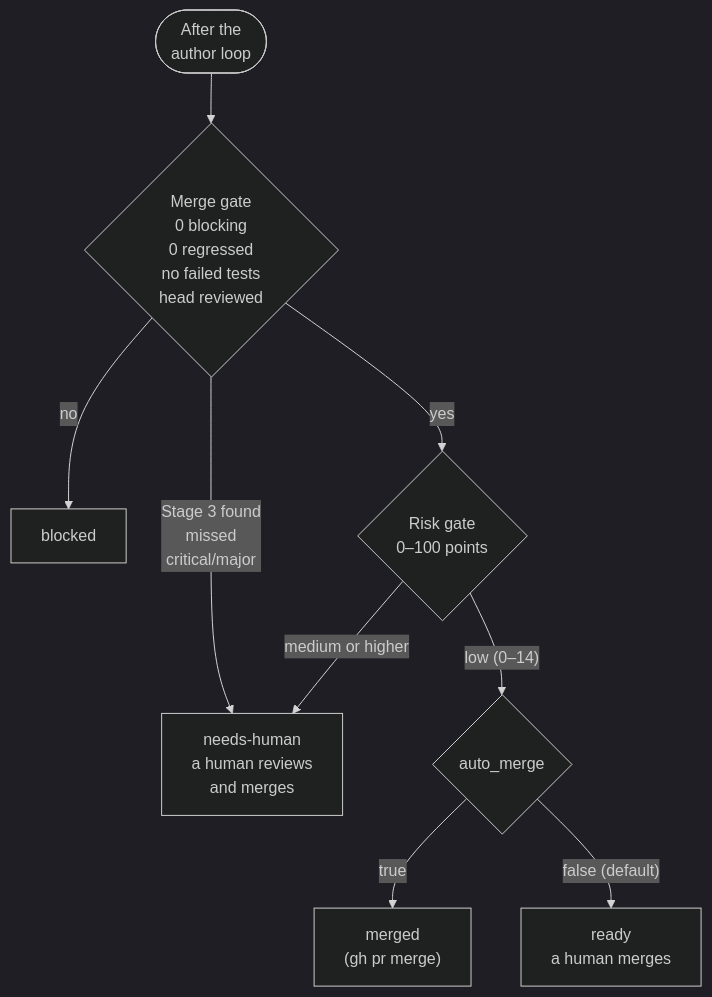
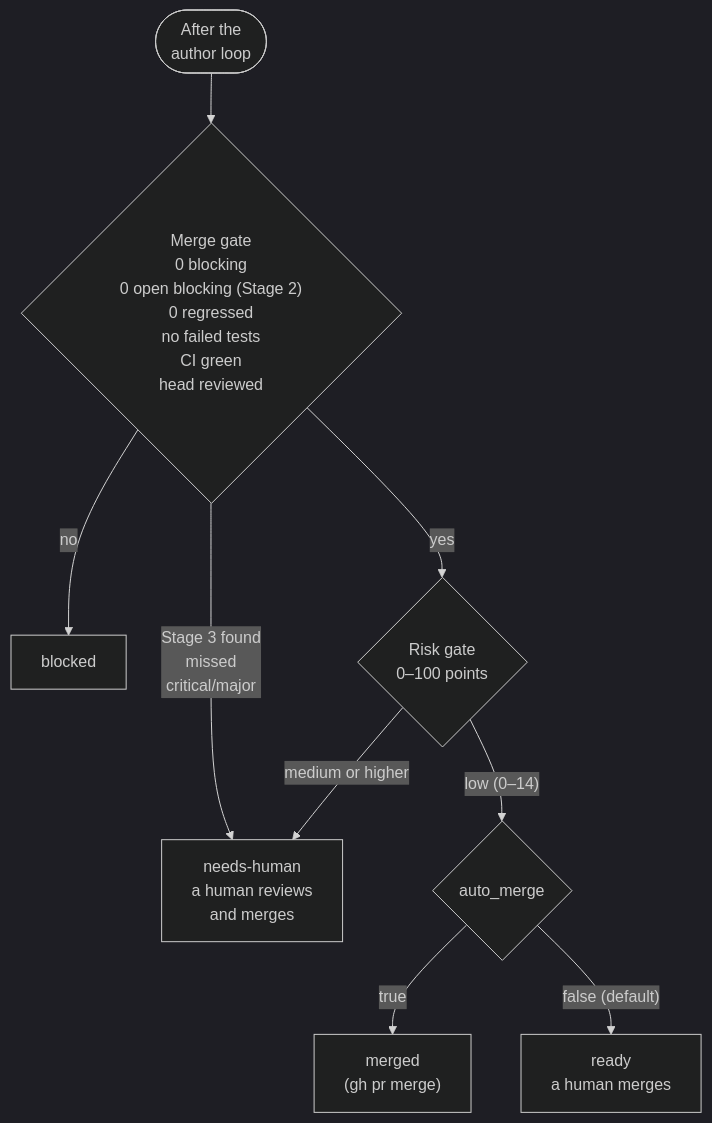
One commit to thswlsqls/pr-quorum changed the fourth of 5 diagrams in README.md. Above: the diagram before and after it, drawn with Mermaid (dark theme). The commit also changed other lines of this file and 3 other files, not shown here.

Commit message:
docs : [feat/merge-gate-stage2-ci] Describe the Stage 2 and CI merge gate conditions and release 0.11.0

````diff
--- a/README.md
+++ b/README.md
@@ -102,11 +102,11 @@
 ```mermaid
 flowchart TD
-  G(["After the<br/>author loop"]) --> MG{"Merge gate<br/>0 blocking<br/>0 regressed<br/>no failed tests<br/>head reviewed"}
+  G(["After the<br/>author loop"]) --> MG{"Merge gate<br/>0 blocking<br/>0 open blocking (Stage 2)<br/>0 regressed<br/>no failed tests<br/>CI green<br/>head reviewed"}
   MG -- no --> B[blocked]
   MG -- "Stage 3 found<br/>missed<br/>critical/major" --> H
   MG -- yes --> RG{"Risk gate<br/>0–100 points"}
   RG -- "low (0–14)" --> A{"auto_merge"}
   A -- true --> M["merged<br/>(gh pr merge)"]
   A -- "false (default)" --> R["ready<br/>a human merges"]
   RG -- "medium or higher" --> H["needs-human<br/>a human reviews<br/>and merges"]
 ```
````
